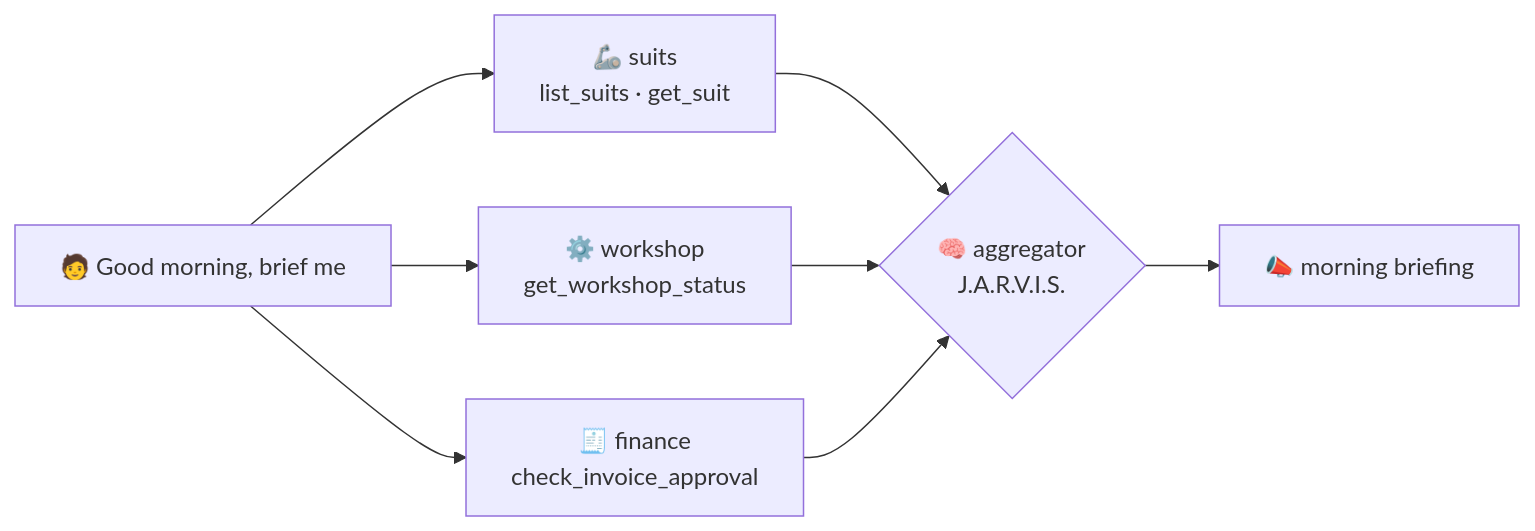
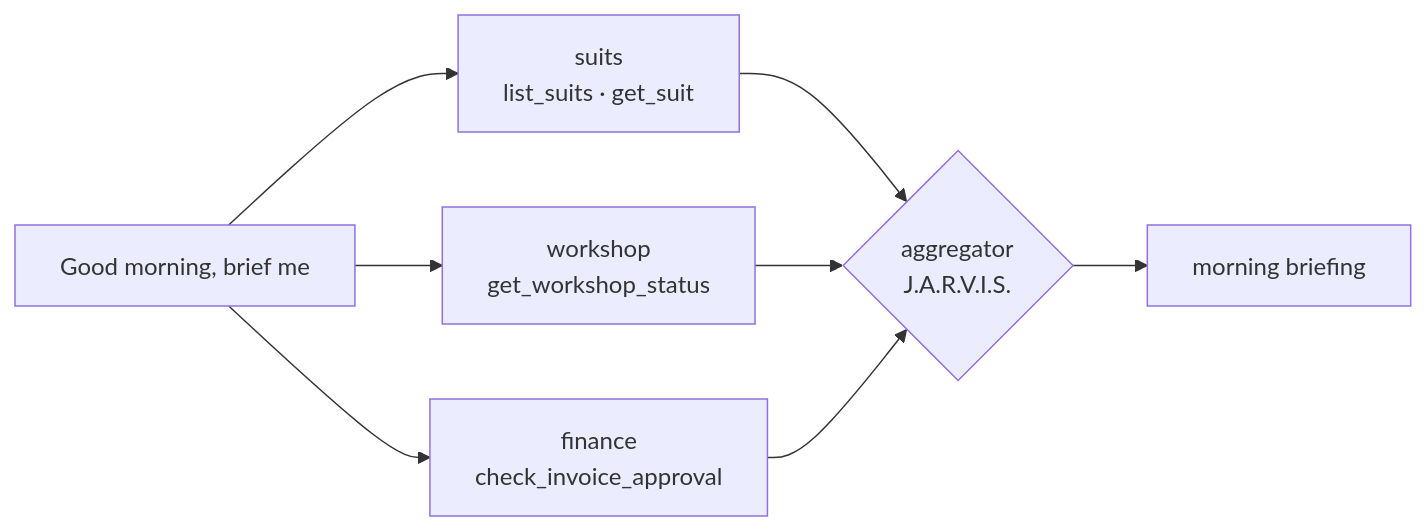
One commit to nampacx/MS-Foundry-from-0-to-hero changed the second of 2 diagrams in docs/workflows.md. Above: the diagram before and after it, drawn with Mermaid. The commit also changed other lines of this file and 37 other files, not shown here.

````diff
--- a/docs/workflows.md
+++ b/docs/workflows.md
@@ -76,10 +76,10 @@
 ```mermaid
 flowchart LR
-  T[🧑 Good morning, brief me] --> A[🦾 suits<br/>list_suits · get_suit]
-  T --> B[⚙️ workshop<br/>get_workshop_status]
-  T --> C[🧾 finance<br/>check_invoice_approval]
-  A --> M{🧠 aggregator<br/>J.A.R.V.I.S.}
+  T[Good morning, brief me] --> A[suits<br/>list_suits · get_suit]
+  T --> B[workshop<br/>get_workshop_status]
+  T --> C[finance<br/>check_invoice_approval]
+  A --> M{aggregator<br/>J.A.R.V.I.S.}
   B --> M
   C --> M
-  M --> O[📣 morning briefing]
+  M --> O[morning briefing]
 ```
````
